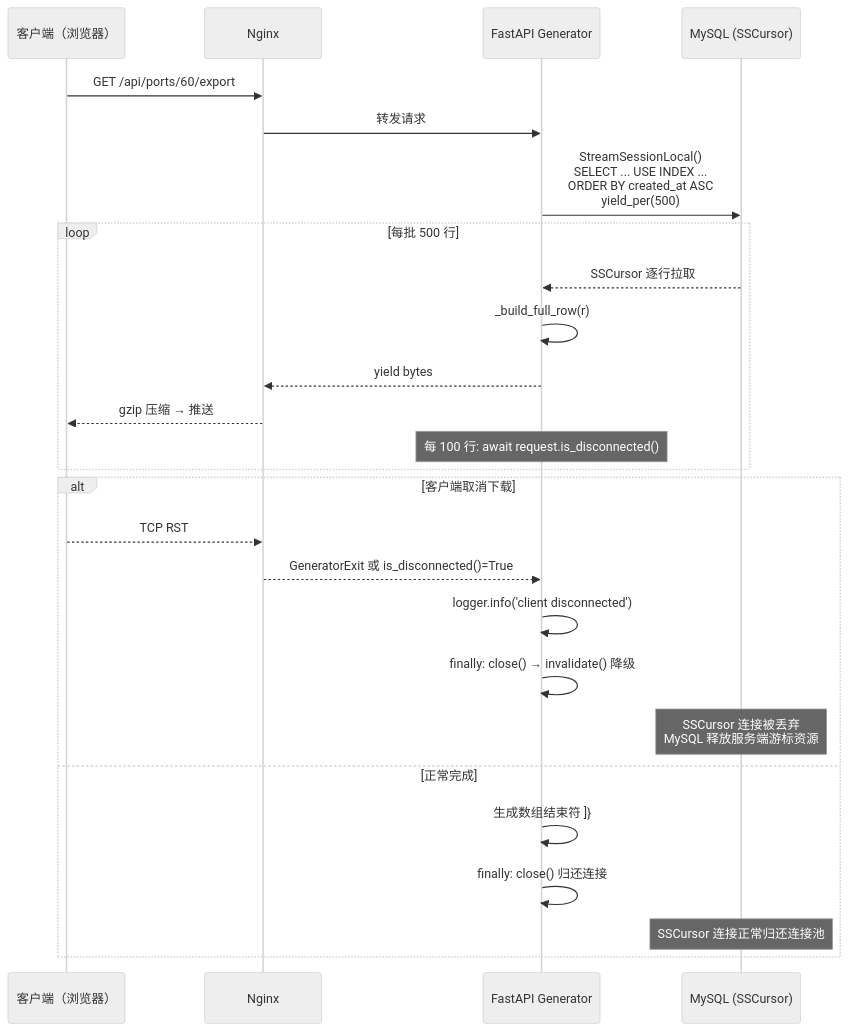
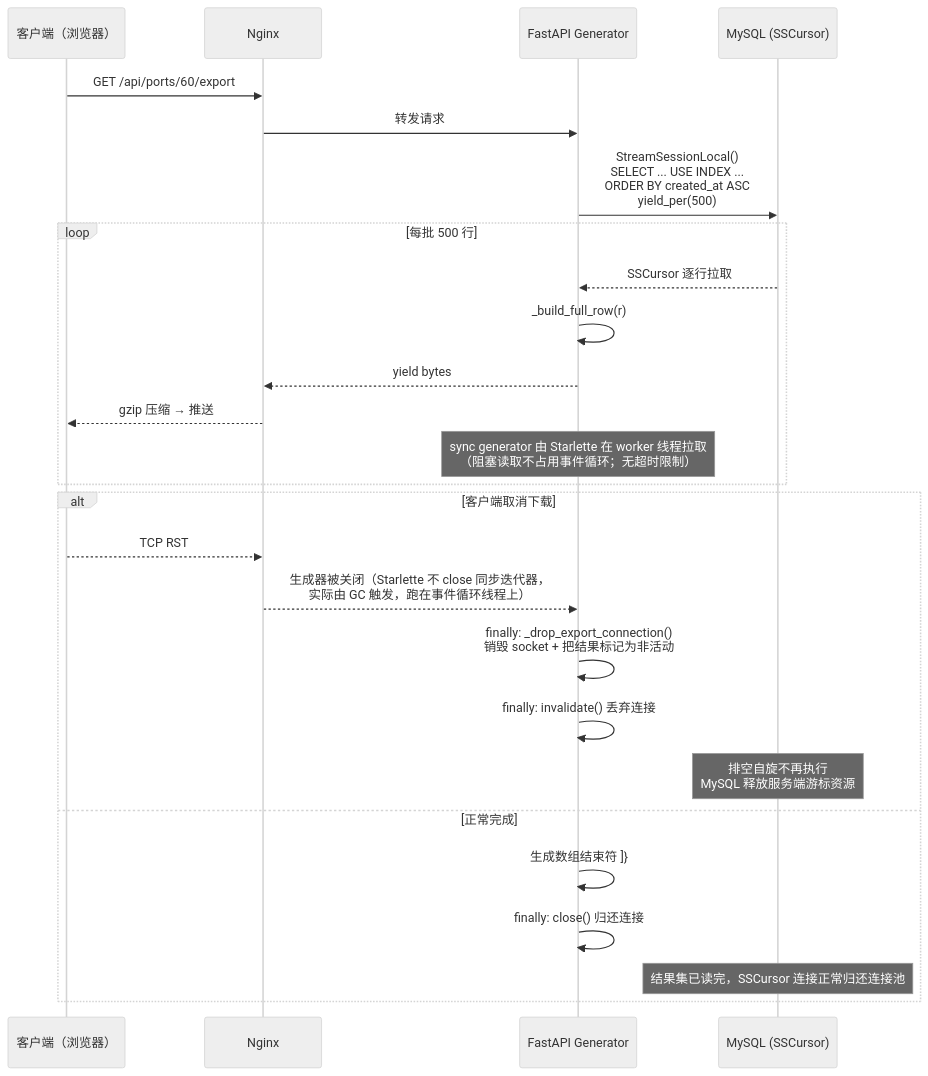
One commit to HaoCheng-Wang/llm-proxy changed diagram 26 of 31 in README.md. Above: the diagram before and after it, drawn with Mermaid (neutral theme). The commit also changed other lines of this file and 9 other files, not shown here.

````diff
--- a/README.md
+++ b/README.md
@@ -1893,31 +1981,31 @@
 ```mermaid
 sequenceDiagram
     participant C as 客户端（浏览器）
     participant N as Nginx
     participant F as FastAPI Generator
     participant D as MySQL (SSCursor)
 
     C->>N: GET /api/ports/60/export
     N->>F: 转发请求
     F->>D: StreamSessionLocal()<br/>SELECT ... USE INDEX ...<br/>ORDER BY created_at ASC<br/>yield_per(500)
 
     loop 每批 500 行
         D-->>F: SSCursor 逐行拉取
         F->>F: _build_full_row(r)
         F-->>N: yield bytes
         N-->>C: gzip 压缩 → 推送
-        Note over F: 每 100 行: await request.is_disconnected()
+        Note over F: sync generator 由 Starlette 在 worker 线程拉取<br/>（阻塞读取不占用事件循环；无超时限制）
     end
 
     alt 客户端取消下载
         C-->>N: TCP RST
-        N-->>F: GeneratorExit 或 is_disconnected()=True
-        F->>F: logger.info('client disconnected')
-        F->>F: finally: close() → invalidate() 降级
-        Note over D: SSCursor 连接被丢弃<br/>MySQL 释放服务端游标资源
+        N-->>F: 生成器被关闭（Starlette 不 close 同步迭代器，<br/>实际由 GC 触发，跑在事件循环线程上）
+        F->>F: finally: _drop_export_connection()<br/>销毁 socket + 把结果标记为非活动
+        F->>F: finally: invalidate() 丢弃连接
+        Note over D: 排空自旋不再执行<br/>MySQL 释放服务端游标资源
     else 正常完成
         F->>F: 生成数组结束符 ]}
         F->>F: finally: close() 归还连接
-        Note over D: SSCursor 连接正常归还连接池
+        Note over D: 结果集已读完，SSCursor 连接正常归还连接池
     end
 ```
````
